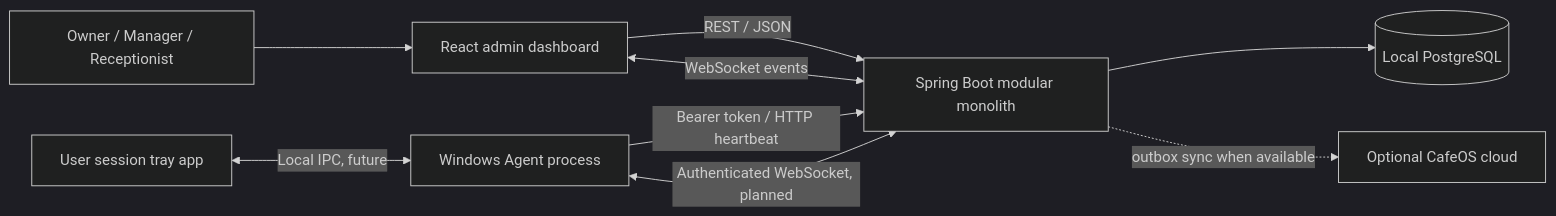
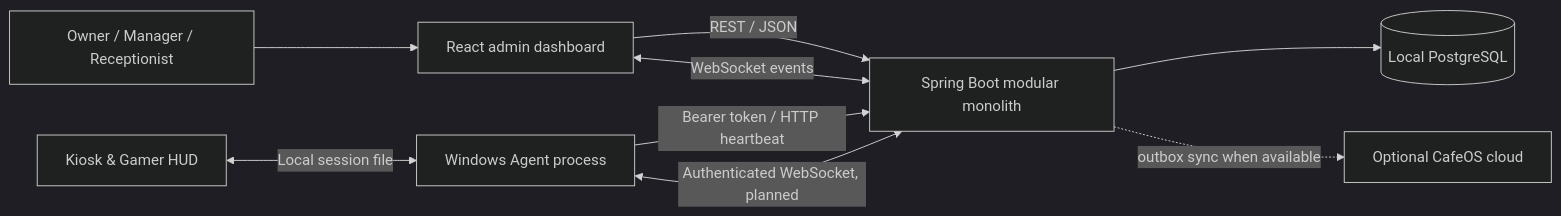
The first of 2 diagrams in docs/architecture.md (Shubhamghude808/ManageOS), drawn with Mermaid (dark theme) before and after one commit. The commit also changed other lines of this file and 51 other files, not shown here.

Commit message:
add windows kiosk agent, customer profile linking, and security config, LAN/tunnel frontend access

````diff
--- a/docs/architecture.md
+++ b/docs/architecture.md
@@ -7,11 +7,11 @@
 ```mermaid
 flowchart LR
   Staff[Owner / Manager / Receptionist] --> UI[React admin dashboard]
   UI -->|REST / JSON| API[Spring Boot modular monolith]
   UI <-->|WebSocket events| API
   API --> DB[(Local PostgreSQL)]
   Agent[Windows Agent process] -->|Bearer token / HTTP heartbeat| API
   Agent <-->|Authenticated WebSocket, planned| API
-  Tray[User session tray app] <-->|Local IPC, future| Agent
+  Kiosk[Kiosk & Gamer HUD] <-->|Local session file| Agent
   API -. outbox sync when available .-> Cloud[Optional CafeOS cloud]
 ```
````
